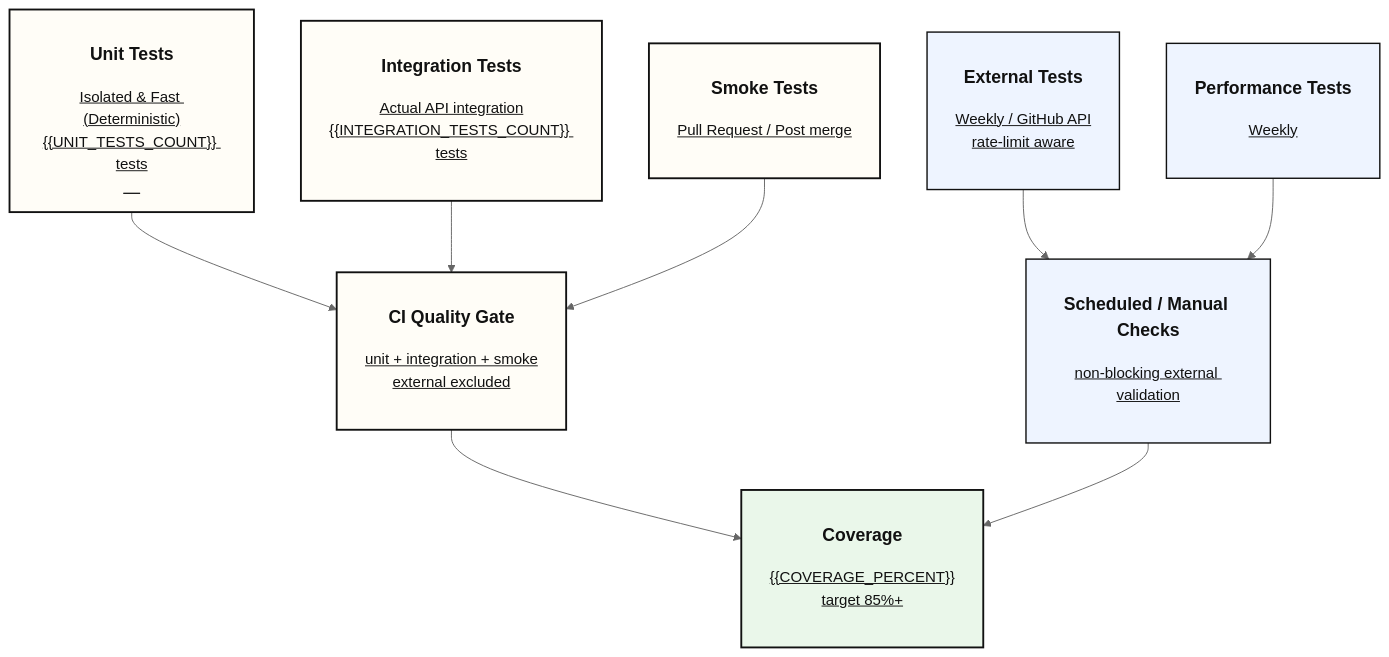
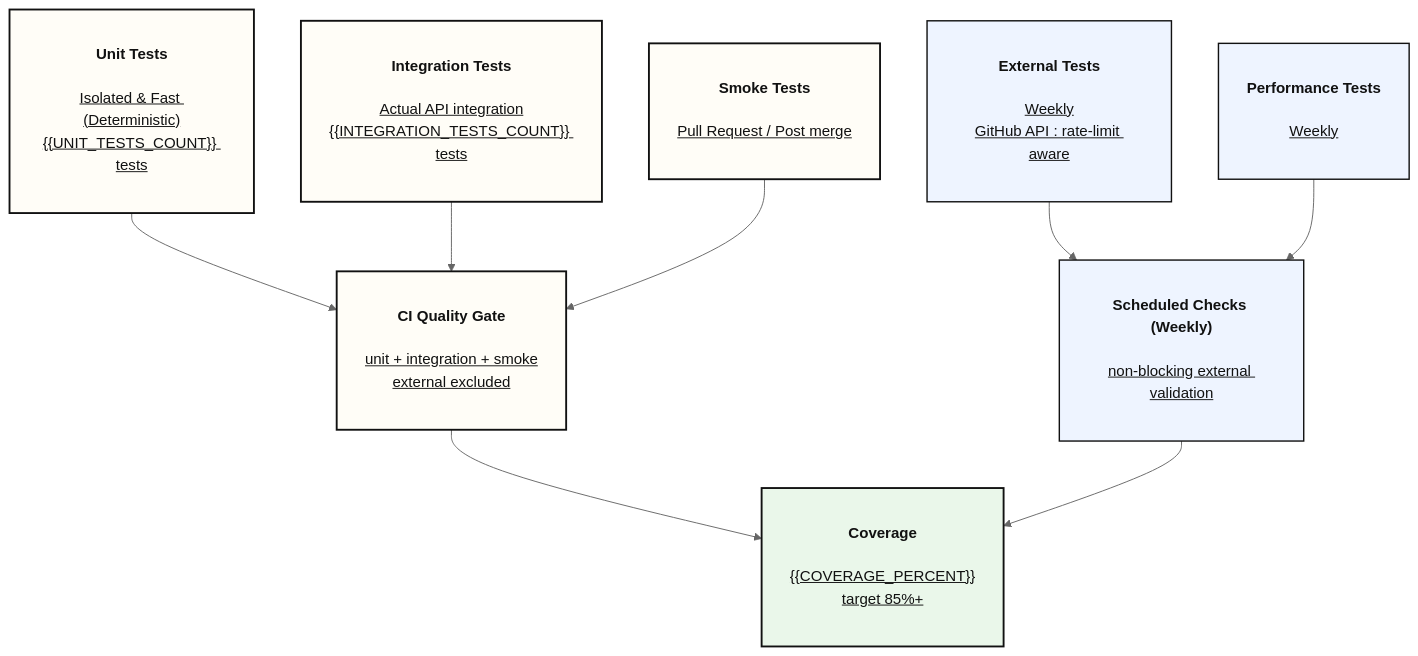
One commit to yaoki-dev/api-test-devops-portfolio changed the third of 4 diagrams in README.md. Above: the diagram before and after it, drawn with Mermaid (neutral theme). The commit also changed other lines of this file and 7 other files, not shown here.

````diff
--- a/README.md
+++ b/README.md
@@ -164,36 +182,36 @@
 ```mermaid
 flowchart TD
-    B["<h3>Unit Tests</h3><u>Isolated & Fast (Deterministic)<br/>{{UNIT_TESTS_COUNT}} tests<u>
+    A["<h4>Unit Tests</h4><u>Isolated & Fast (Deterministic)<br/>{{UNIT_TESTS_COUNT}} tests</u>
     <br/>"]
-    C["<h3>Integration Tests</h3><u>Actual API integration<br/>{{INTEGRATION_TESTS_COUNT}} tests</u>
+    B["<h4>Integration Tests</h4><u>Actual API integration<br/>{{INTEGRATION_TESTS_COUNT}} tests</u>
     <br/>"]
-    H["<h3>Smoke Tests</h3><u>Pull Request / Post merge</u>
+    G["<h4>Smoke Tests</h4><u>Pull Request / Post merge</u>
     <br/>"]
 
-    B --> D["<h3>CI Quality Gate</h3><u>unit + integration + smoke<br/>external excluded</u>
+    A --> C["<h4>CI Quality Gate</h4><u>unit + integration + smoke<br/>external excluded</u>
     <br/>"]
-    C --> D
-    H --> D
+    B --> C
+    G --> C
 
-    E["<h3>External Tests</h3><u>Weekly / GitHub API<br/>rate-limit aware</u>
+    D["<h4>External Tests</h4><u>Weekly<br/>GitHub API : rate-limit aware</u>
     <br/>"]
-    G["<h3>Performance Tests</h3><u>Weekly</u>
+    F["<h4>Performance Tests</h4><u>Weekly</u>
     <br/>"]
 
-    E --> F["<h3>Scheduled / Manual Checks</h3><u>non-blocking external validation</u>
+    D --> E["<h4>Scheduled Checks (Weekly)</h4><u>non-blocking external validation</u>
     <br/>"]
-    G --> F
+    F --> E
 
-    D --> I["<h3>Coverage</h3><u>{{COVERAGE_PERCENT}}<br/>target 85%+</u>
+    C --> H["<h4>Coverage</h4><u>{{COVERAGE_PERCENT}}<br/>target 85%+</u>
     <br/>"]
-    F --> I
+    E --> H
 
     classDef default fill:#F7F3EA,stroke:#111,stroke-width:1.5px,color:#111;
     classDef key fill:#FFFDF7,stroke:#111,stroke-width:2px,color:#111;
     classDef support fill:#EEF4FF,stroke:#111,stroke-width:1.5px,color:#111;
     classDef metric fill:#EAF7EA,stroke:#111,stroke-width:2px,color:#111;
 
-    class B,C,D,H key;
-    class E,F,G support;
-    class I metric;
+    class A,B,C,G key;
+    class D,E,F support;
+    class H metric;
 ```
````
